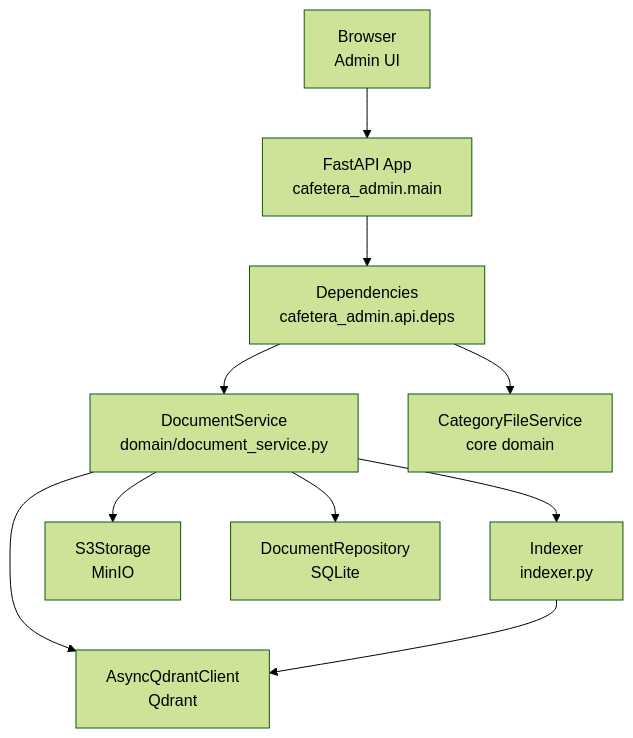
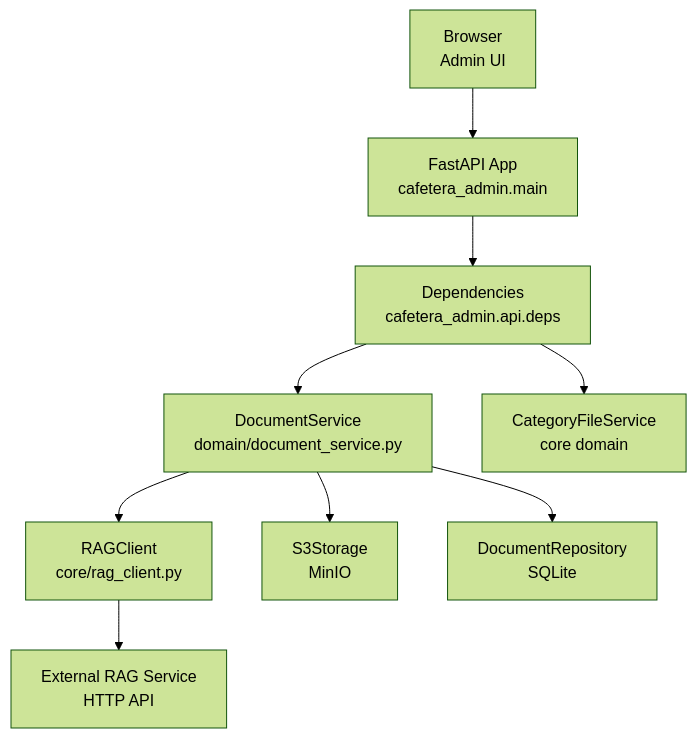
One commit to ognelis/cafetera_hr_bot changed the second of 10 diagrams in .qoder/repowiki/en/content/VK Integration/Admin Package Integration.md. Above: the diagram before and after it, drawn with Mermaid (forest theme). The commit also changed other lines of this file and 69 other files, not shown here.

Commit message:
CAFETERA-62 Implemented RAG service

````diff
--- a/.qoder/repowiki/en/content/VK Integration/Admin Package Integration.md
+++ b/.qoder/repowiki/en/content/VK Integration/Admin Package Integration.md
@@ -106,21 +110,20 @@
 ```mermaid
 graph TB
 CLIENT["Browser<br/>Admin UI"]
 FADEP["FastAPI App<br/>cafetera_admin.main"]
 DEPS["Dependencies<br/>cafetera_admin.api.deps"]
 DOC_SVC["DocumentService<br/>domain/document_service.py"]
 CAT_SVC["CategoryFileService<br/>core domain"]
-INDEXER["Indexer<br/>indexer.py"]
-QDRANT["AsyncQdrantClient<br/>Qdrant"]
+RAG_CLIENT["RAGClient<br/>core/rag_client.py"]
+RAG_SERVICE["External RAG Service<br/>HTTP API"]
 S3["S3Storage<br/>MinIO"]
 REPO["DocumentRepository<br/>SQLite"]
 CLIENT --> FADEP
 FADEP --> DEPS
 DEPS --> DOC_SVC
 DEPS --> CAT_SVC
-DOC_SVC --> INDEXER
-DOC_SVC --> QDRANT
+DOC_SVC --> RAG_CLIENT
+RAG_CLIENT --> RAG_SERVICE
 DOC_SVC --> S3
 DOC_SVC --> REPO
-INDEXER --> QDRANT
 ```
````
